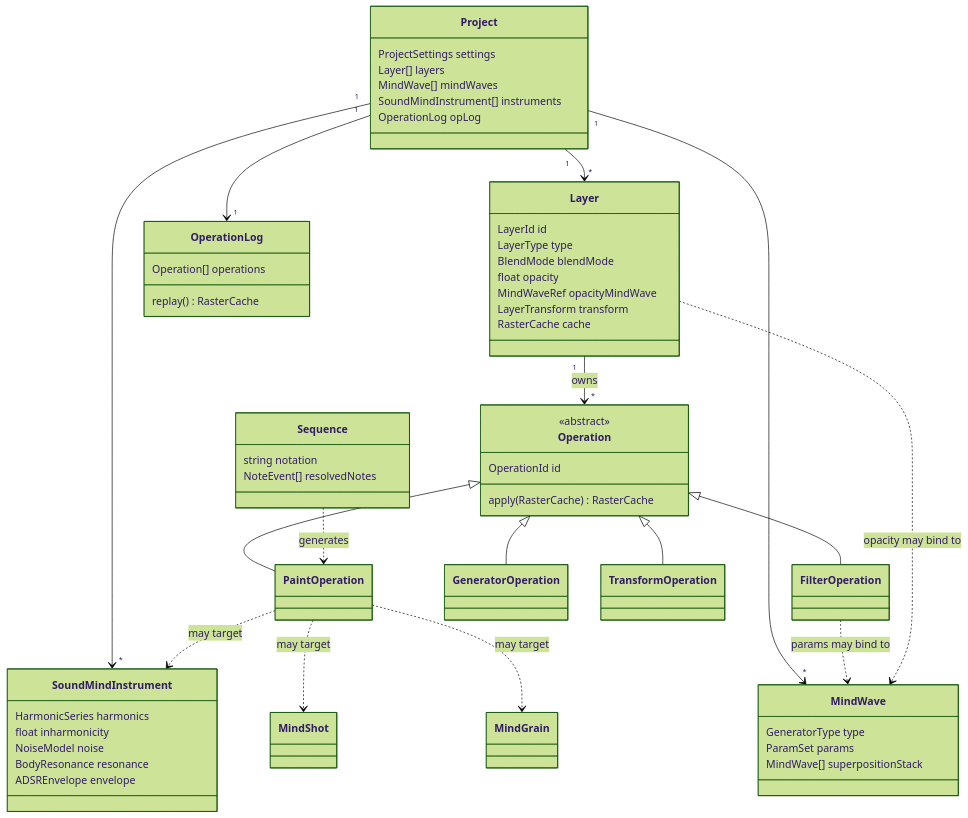
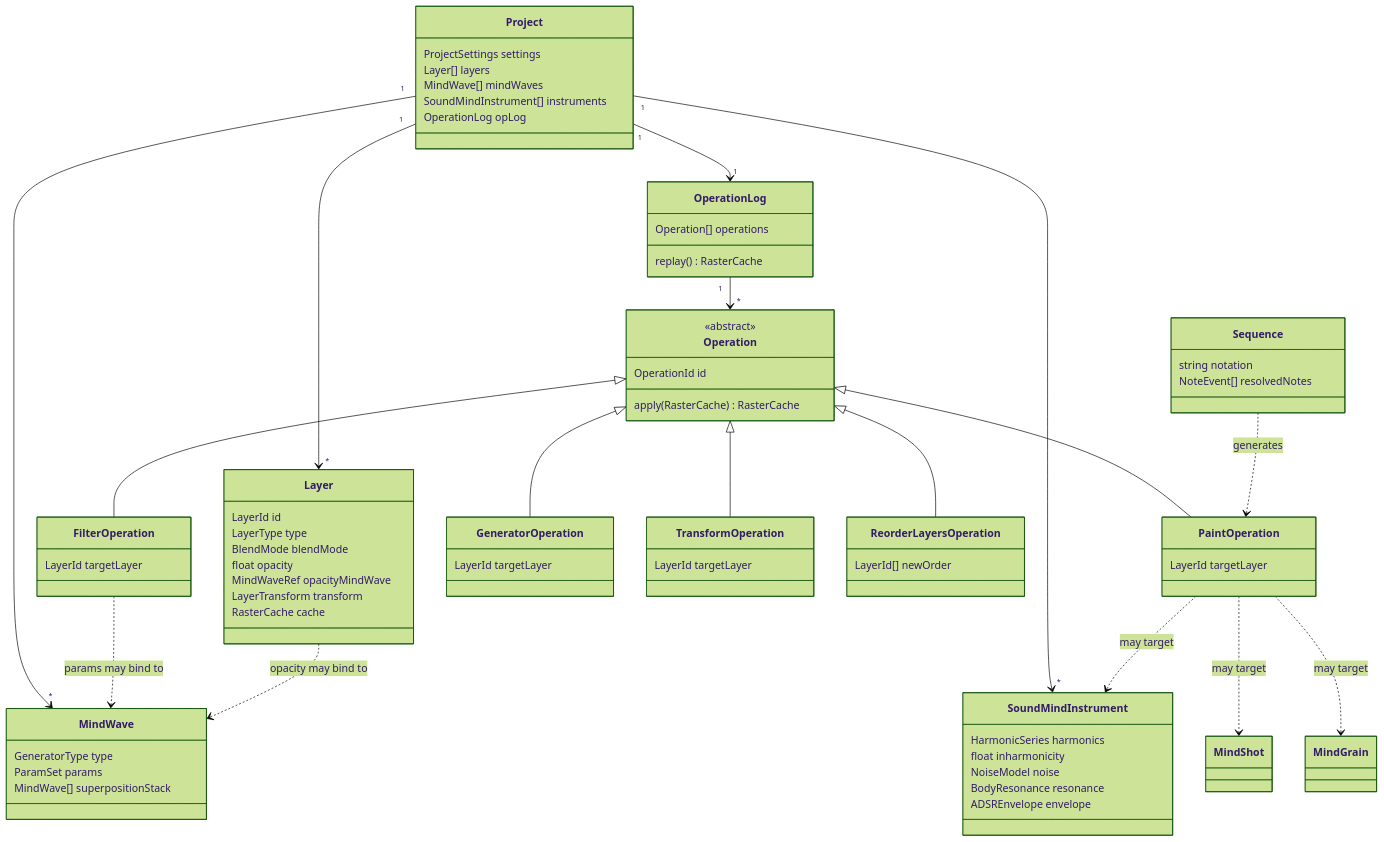
Before and after one commit to TheWalruss/sound-mind-2: the second of 3 diagrams in docs/sound-mind-architecture.md, drawn with Mermaid (forest theme). The commit also changed other lines of this file and 1 other file, not shown here.

````diff
--- a/docs/sound-mind-architecture.md
+++ b/docs/sound-mind-architecture.md
@@ -81,67 +81,79 @@
 ```mermaid
 classDiagram
     class Project {
         ProjectSettings settings
         Layer[] layers
         MindWave[] mindWaves
         SoundMindInstrument[] instruments
         OperationLog opLog
     }
     class Layer {
         LayerId id
         LayerType type
         BlendMode blendMode
         float opacity
         MindWaveRef opacityMindWave
         LayerTransform transform
         RasterCache cache
     }
     class OperationLog {
         Operation[] operations
         replay() RasterCache
     }
     class Operation {
         <<abstract>>
         OperationId id
         apply(RasterCache) RasterCache
     }
-    class PaintOperation
-    class FilterOperation
-    class GeneratorOperation
-    class TransformOperation
+    class PaintOperation {
+        LayerId targetLayer
+    }
+    class FilterOperation {
+        LayerId targetLayer
+    }
+    class GeneratorOperation {
+        LayerId targetLayer
+    }
+    class TransformOperation {
+        LayerId targetLayer
+    }
+    class ReorderLayersOperation {
+        LayerId[] newOrder
+    }
     Operation <|-- PaintOperation
     Operation <|-- FilterOperation
     Operation <|-- GeneratorOperation
     Operation <|-- TransformOperation
+    Operation <|-- ReorderLayersOperation
 
     class MindWave {
         GeneratorType type
         ParamSet params
         MindWave[] superpositionStack
     }
     class SoundMindInstrument {
         HarmonicSeries harmonics
         float inharmonicity
         NoiseModel noise
         BodyResonance resonance
         ADSREnvelope envelope
     }
     class MindShot
     class MindGrain
     class Sequence {
         string notation
         NoteEvent[] resolvedNotes
     }
 
     Project "1" --> "*" Layer
     Project "1" --> "1" OperationLog
     Project "1" --> "*" MindWave
     Project "1" --> "*" SoundMindInstrument
-    Layer "1" --> "*" Operation : owns
+    OperationLog "1" --> "*" Operation
     PaintOperation ..> SoundMindInstrument : may target
     PaintOperation ..> MindShot : may target
     PaintOperation ..> MindGrain : may target
     FilterOperation ..> MindWave : params may bind to
     Layer ..> MindWave : opacity may bind to
     Sequence ..> PaintOperation : generates
 ```
````
